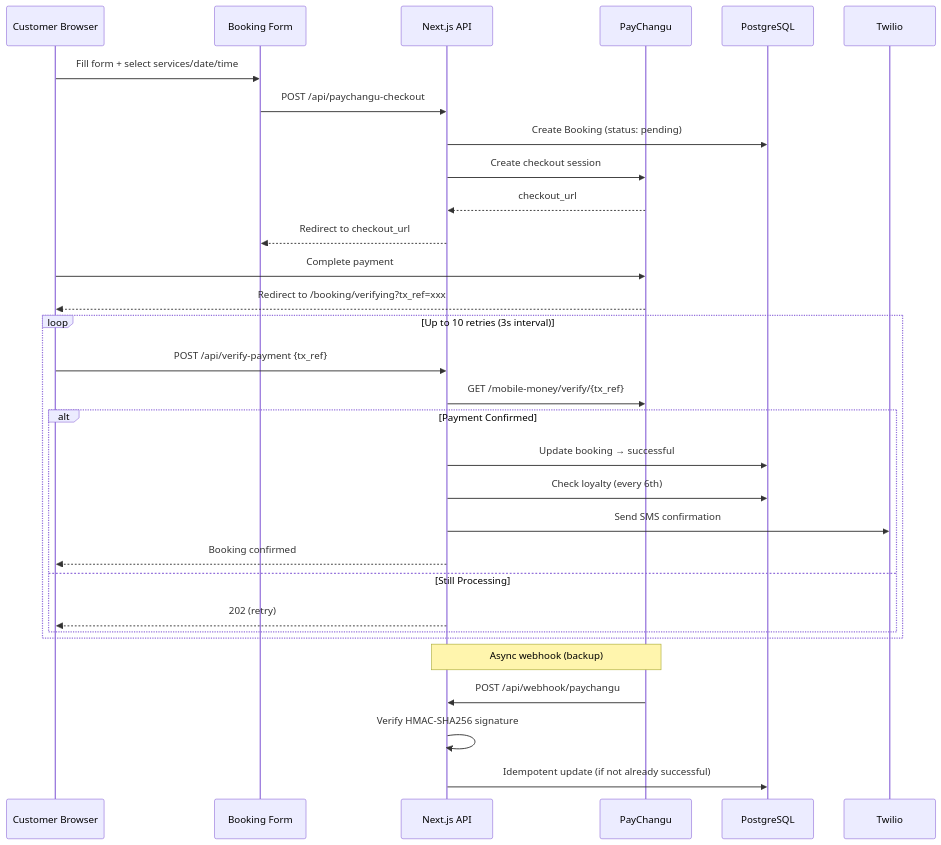
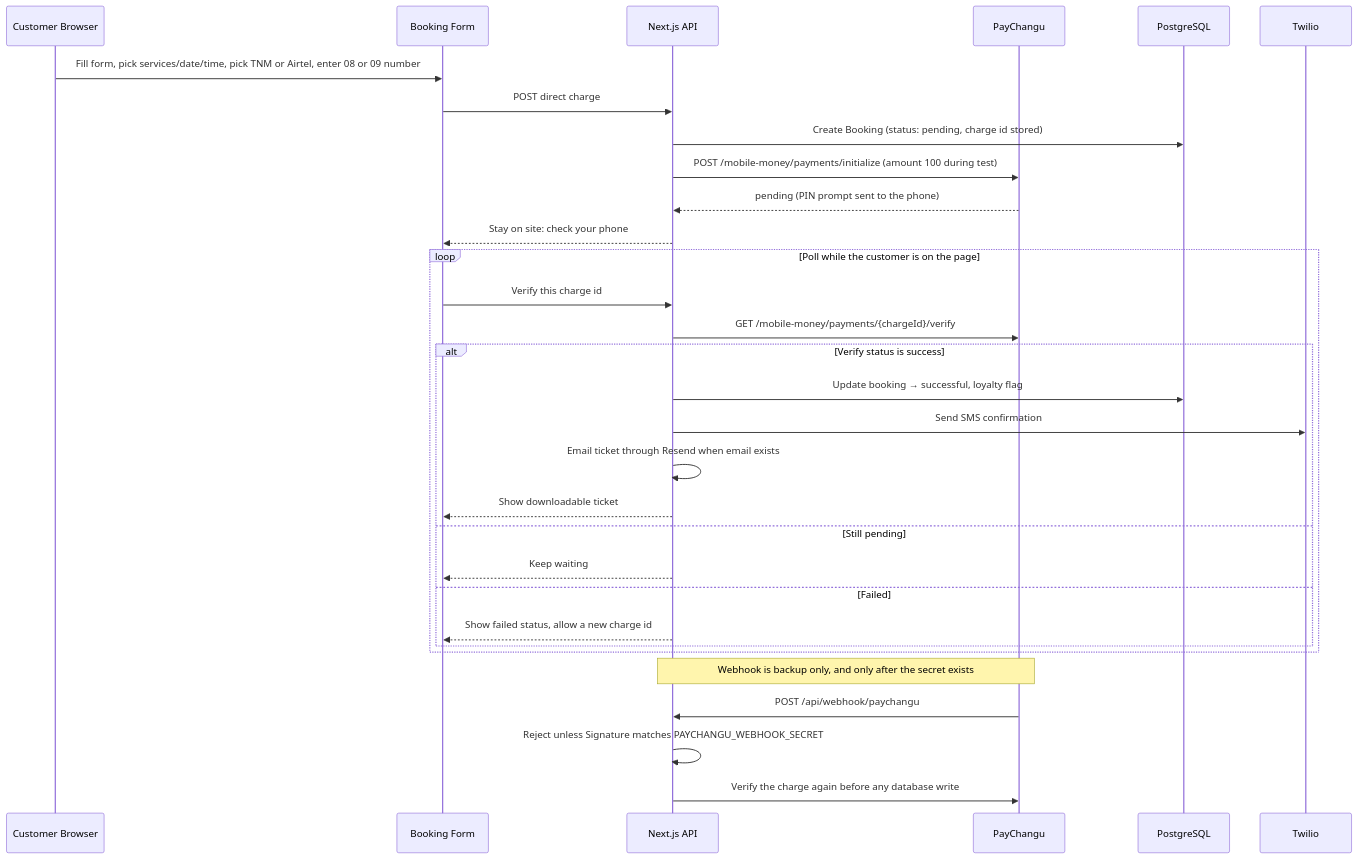
Before and after one commit to 6a6aQth/LuxeBeauty: the diagram in Docs/Lauryn Luxe Beauty Studio SDD.md, drawn with Mermaid. The commit also changed other lines of this file and 117 other files, not shown here.

````diff
--- a/Docs/Lauryn Luxe Beauty Studio SDD.md
+++ b/Docs/Lauryn Luxe Beauty Studio SDD.md
@@ -168,36 +214,36 @@
 ```mermaid
 sequenceDiagram
     participant C as Customer Browser
     participant BF as Booking Form
     participant API as Next.js API
     participant PC as PayChangu
     participant DB as PostgreSQL
     participant TW as Twilio
 
-    C->>BF: Fill form + select services/date/time
-    BF->>API: POST /api/paychangu-checkout
-    API->>DB: Create Booking (status: pending)
-    API->>PC: Create checkout session
-    PC-->>API: checkout_url
-    API-->>BF: Redirect to checkout_url
-    C->>PC: Complete payment
-    PC-->>C: Redirect to /booking/verifying?tx_ref=xxx
+    C->>BF: Fill form, pick services/date/time, pick TNM or Airtel, enter 08 or 09 number
+    BF->>API: POST direct charge
+    API->>DB: Create Booking (status: pending, charge id stored)
+    API->>PC: POST /mobile-money/payments/initialize (amount 100 during test)
+    PC-->>API: pending (PIN prompt sent to the phone)
+    API-->>BF: Stay on site: check your phone
 
-    loop Up to 10 retries (3s interval)
-        C->>API: POST /api/verify-payment {tx_ref}
-        API->>PC: GET /mobile-money/verify/{tx_ref}
-        alt Payment Confirmed
-            API->>DB: Update booking → successful
-            API->>DB: Check loyalty (every 6th)
+    loop Poll while the customer is on the page
+        BF->>API: Verify this charge id
+        API->>PC: GET /mobile-money/payments/{chargeId}/verify
+        alt Verify status is success
+            API->>DB: Update booking → successful, loyalty flag
             API->>TW: Send SMS confirmation
-            API-->>C: Booking confirmed
-        else Still Processing
-            API-->>C: 202 (retry)
+            API->>API: Email ticket through Resend when email exists
+            API-->>BF: Show downloadable ticket
+        else Still pending
+            API-->>BF: Keep waiting
+        else Failed
+            API-->>BF: Show failed status, allow a new charge id
         end
     end
 
-    Note over PC,API: Async webhook (backup)
+    Note over PC,API: Webhook is backup only, and only after the secret exists
     PC->>API: POST /api/webhook/paychangu
-    API->>API: Verify HMAC-SHA256 signature
-    API->>DB: Idempotent update (if not already successful)
+    API->>API: Reject unless Signature matches PAYCHANGU_WEBHOOK_SECRET
+    API->>PC: Verify the charge again before any database write
 ```
````
